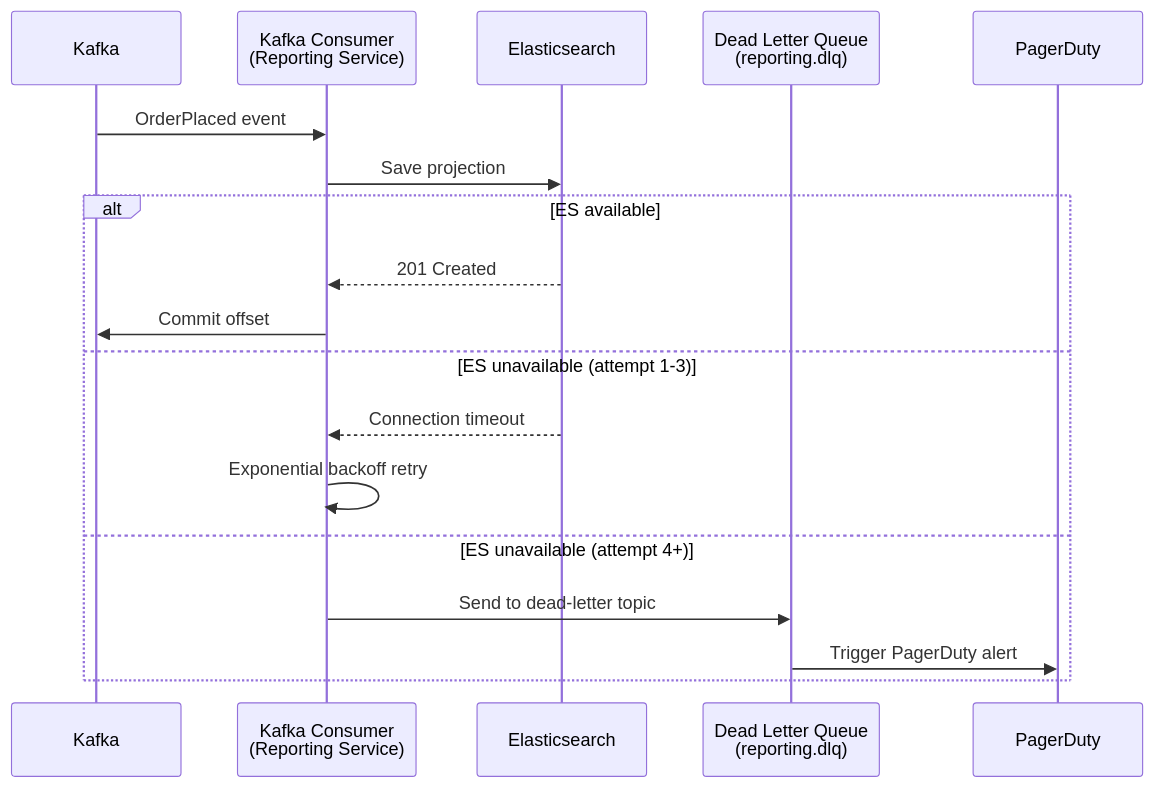
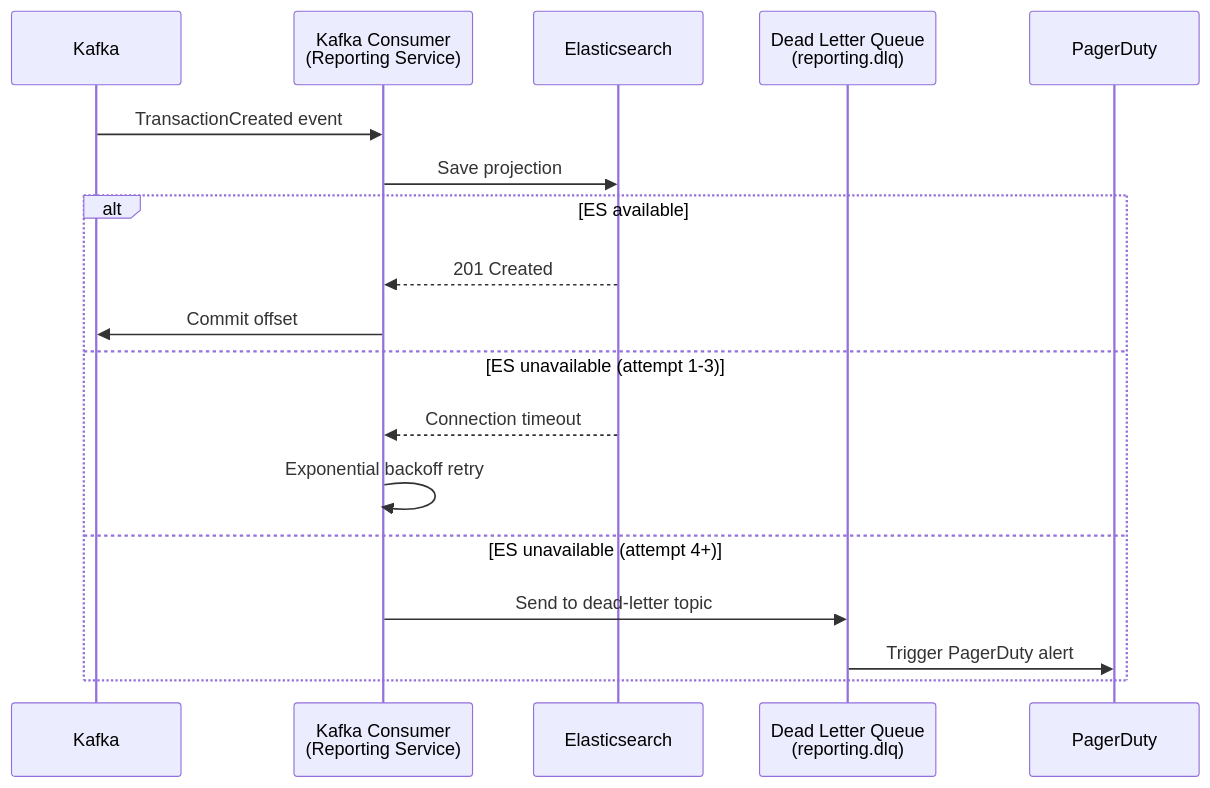
The sixth of 12 diagrams in architecture and decoupling.md (makeitfine-org/reporting), drawn with Mermaid before and after one commit. The commit also changed other lines of this file and 3 other files, not shown here.

Commit message:
docs: re-domain architecture doc from e-commerce to core banking

````diff
--- a/architecture and decoupling.md
+++ b/architecture and decoupling.md
@@ -466,22 +466,22 @@
 ```mermaid
 sequenceDiagram
     participant Kafka
     participant Consumer as Kafka Consumer<br/>(Reporting Service)
     participant ES as Elasticsearch
     participant DLQ as Dead Letter Queue<br/>(reporting.dlq)
     participant Alert as PagerDuty
 
-    Kafka->>Consumer: OrderPlaced event
+    Kafka->>Consumer: TransactionCreated event
 
     Consumer->>ES: Save projection
     alt ES available
         ES-->>Consumer: 201 Created
         Consumer->>Kafka: Commit offset
     else ES unavailable (attempt 1-3)
         ES-->>Consumer: Connection timeout
         Consumer->>Consumer: Exponential backoff retry
     else ES unavailable (attempt 4+)
         Consumer->>DLQ: Send to dead-letter topic
         DLQ->>Alert: Trigger PagerDuty alert
     end
 ```
````
